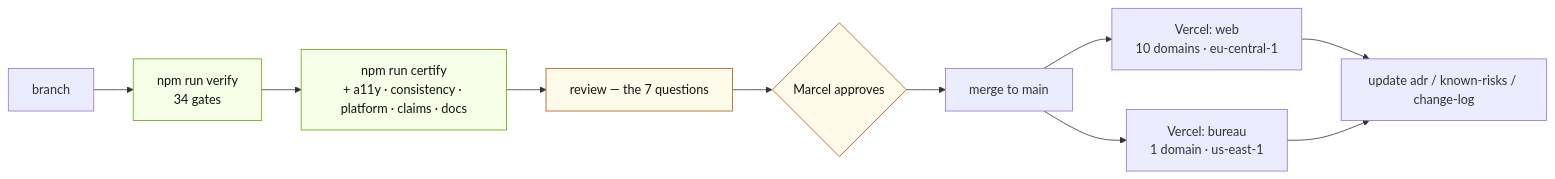
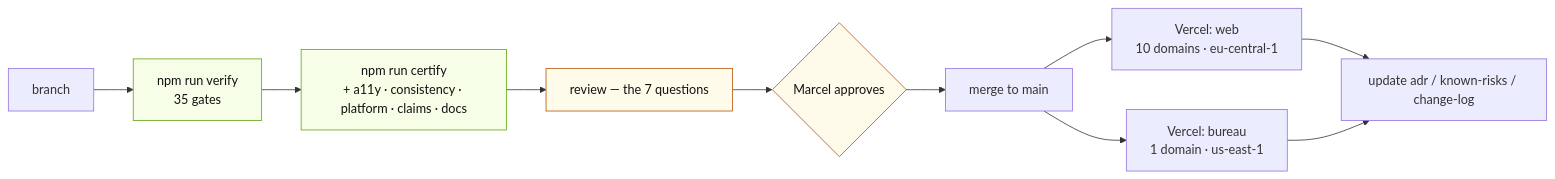
One commit to buddy1974/maxpromo.digital changed the eighth of 10 diagrams in docs/architecture/diagrams.md. Above: the diagram before and after it, drawn with Mermaid. The commit also changed 45 other files, not shown here.

````diff
--- a/docs/architecture/diagrams.md
+++ b/docs/architecture/diagrams.md
@@ -276,19 +276,19 @@
 ```mermaid
 flowchart LR
-  BR["branch"] --> V["npm run verify<br/>34 gates"]
+  BR["branch"] --> V["npm run verify<br/>35 gates"]
   V --> C["npm run certify<br/>+ a11y · consistency · platform · claims · docs"]
   C --> REV["review — the 7 questions"]
   REV --> APP{"Marcel approves"}
   APP --> MERGE["merge to main"]
 
   MERGE --> VW["Vercel: web<br/>10 domains · eu-central-1"]
   MERGE --> VB["Vercel: bureau<br/>1 domain · us-east-1"]
 
   VW --> DOC["update adr / known-risks / change-log"]
   VB --> DOC
 
   classDef gate fill:#F7FEE7,stroke:#65A30D,color:#111111
   classDef human fill:#FFFBEB,stroke:#B45309,color:#111111
   class V,C gate
   class REV,APP human
 ```
````
